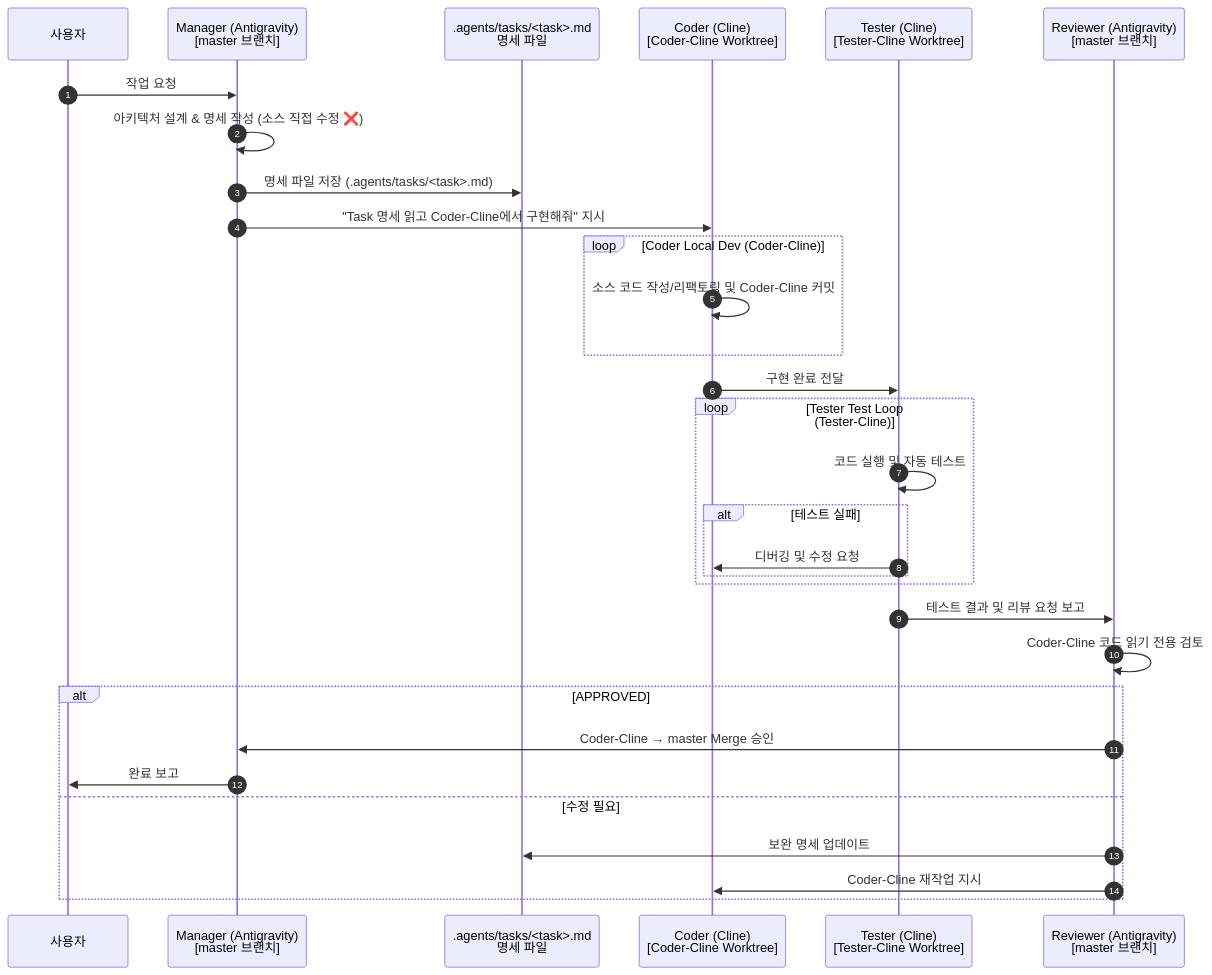
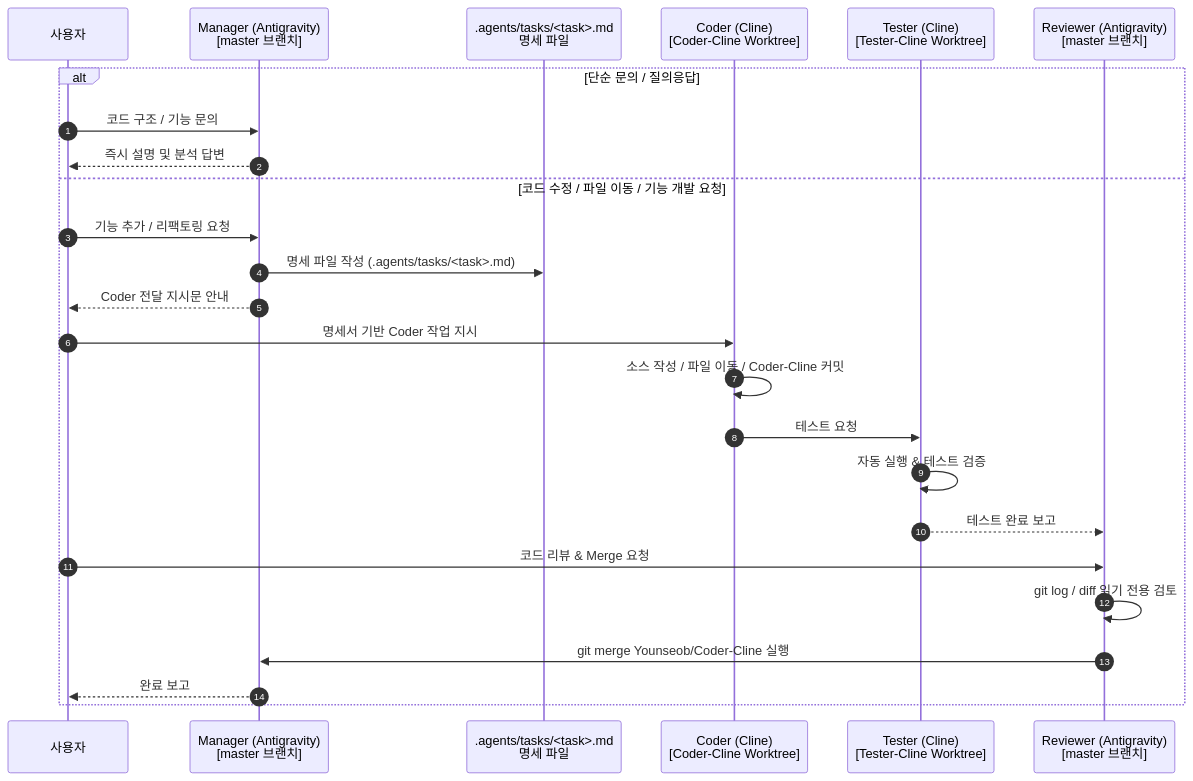
One commit to Younseob/my_stock_auto changed the diagram in AGENTS.md. Above: the diagram before and after it, drawn with Mermaid. The commit also changed other lines of this file and 1 other file, not shown here.

````diff
--- a/AGENTS.md
+++ b/AGENTS.md
@@ -48,37 +45,28 @@
 ```mermaid
 sequenceDiagram
     autonumber
     participant User as 사용자
     participant Manager as Manager (Antigravity)<br/>[master 브랜치]
     participant Task as .agents/tasks/<task>.md<br/>명세 파일
     participant Coder as Coder (Cline)<br/>[Coder-Cline Worktree]
     participant Tester as Tester (Cline)<br/>[Tester-Cline Worktree]
     participant Reviewer as Reviewer (Antigravity)<br/>[master 브랜치]
 
-    User->>Manager: 작업 요청
-    Manager->>Manager: 아키텍처 설계 & 명세 작성 (소스 직접 수정 ❌)
-    Manager->>Task: 명세 파일 저장 (.agents/tasks/<task>.md)
-    Manager->>Coder: "Task 명세 읽고 Coder-Cline에서 구현해줘" 지시
-
-    loop Coder Local Dev (Coder-Cline)
-        Coder->>Coder: 소스 코드 작성/리팩토링 및 Coder-Cline 커밋
-    end
-
-    Coder->>Tester: 구현 완료 전달
-    loop Tester Test Loop (Tester-Cline)
-        Tester->>Tester: 코드 실행 및 자동 테스트
-        alt 테스트 실패
-            Tester->>Coder: 디버깅 및 수정 요청
-        end
-    end
-
-    Tester->>Reviewer: 테스트 결과 및 리뷰 요청 보고
-    Reviewer->>Reviewer: Coder-Cline 코드 읽기 전용 검토
-    alt APPROVED
-        Reviewer->>Manager: Coder-Cline → master Merge 승인
-        Manager->>User: 완료 보고
-    else 수정 필요
-        Reviewer->>Task: 보완 명세 업데이트
-        Reviewer->>Coder: Coder-Cline 재작업 지시
+    alt 단순 문의 / 질의응답
+        User->>Manager: 코드 구조 / 기능 문의
+        Manager-->>User: 즉시 설명 및 분석 답변
+    else 코드 수정 / 파일 이동 / 기능 개발 요청
+        User->>Manager: 기능 추가 / 리팩토링 요청
+        Manager->>Task: 명세 파일 작성 (.agents/tasks/<task>.md)
+        Manager-->>User: Coder 전달 지시문 안내
+        User->>Coder: 명세서 기반 Coder 작업 지시
+        Coder->>Coder: 소스 작성 / 파일 이동 / Coder-Cline 커밋
+        Coder->>Tester: 테스트 요청
+        Tester->>Tester: 자동 실행 & 테스트 검증
+        Tester-->>Reviewer: 테스트 완료 보고
+        User->>Reviewer: 코드 리뷰 & Merge 요청
+        Reviewer->>Reviewer: git log / diff 읽기 전용 검토
+        Reviewer->>Manager: git merge Younseob/Coder-Cline 실행
+        Manager-->>User: 완료 보고
     end
 ```
````
